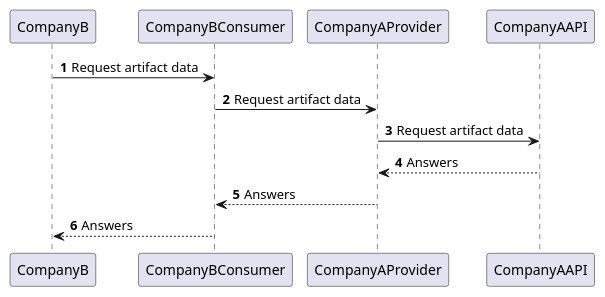
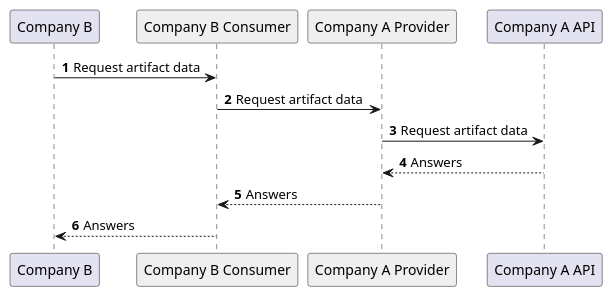
Before and after one commit to catenax/tractusx: the diagram in documentation/architecture/diagrams/speedboat-access-company-a-api.puml, drawn with PlantUML.

```diff
--- a/documentation/architecture/diagrams/speedboat-access-company-a-api.puml
+++ b/documentation/architecture/diagrams/speedboat-access-company-a-api.puml
@@ -1,13 +1,18 @@
 @startuml
 'https://plantuml.com/sequence-diagram
 
 autonumber
+
+participant "Company B" as CompanyB
+participant "Company B Consumer" as CompanyBConsumer #efefef
+participant "Company A Provider" as CompanyAProvider #efefef
+participant "Company A API" as CompanyAAPI
 
 CompanyB ->  CompanyBConsumer: Request artifact data
 CompanyBConsumer -> CompanyAProvider: Request artifact data
 CompanyAProvider -> CompanyAAPI: Request artifact data
 CompanyAProvider <-- CompanyAAPI: Answers
 CompanyBConsumer <-- CompanyAProvider: Answers
 CompanyB <-- CompanyBConsumer: Answers
 
 @enduml
```
